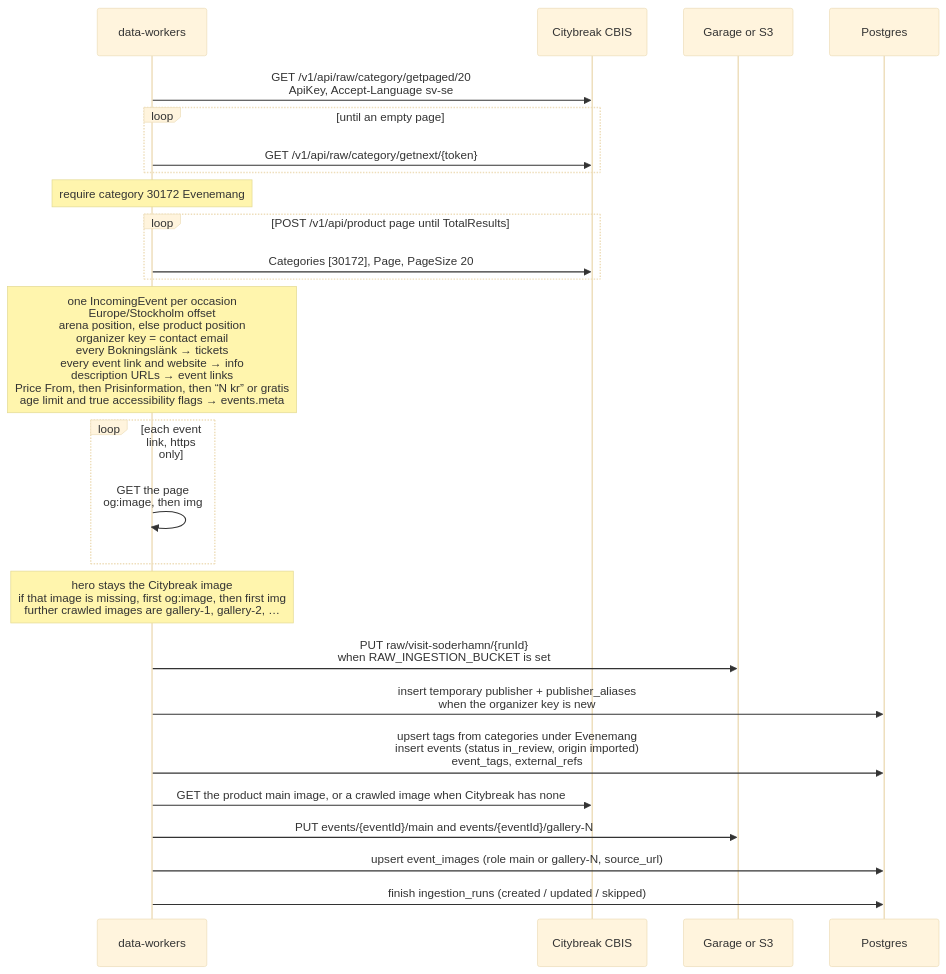
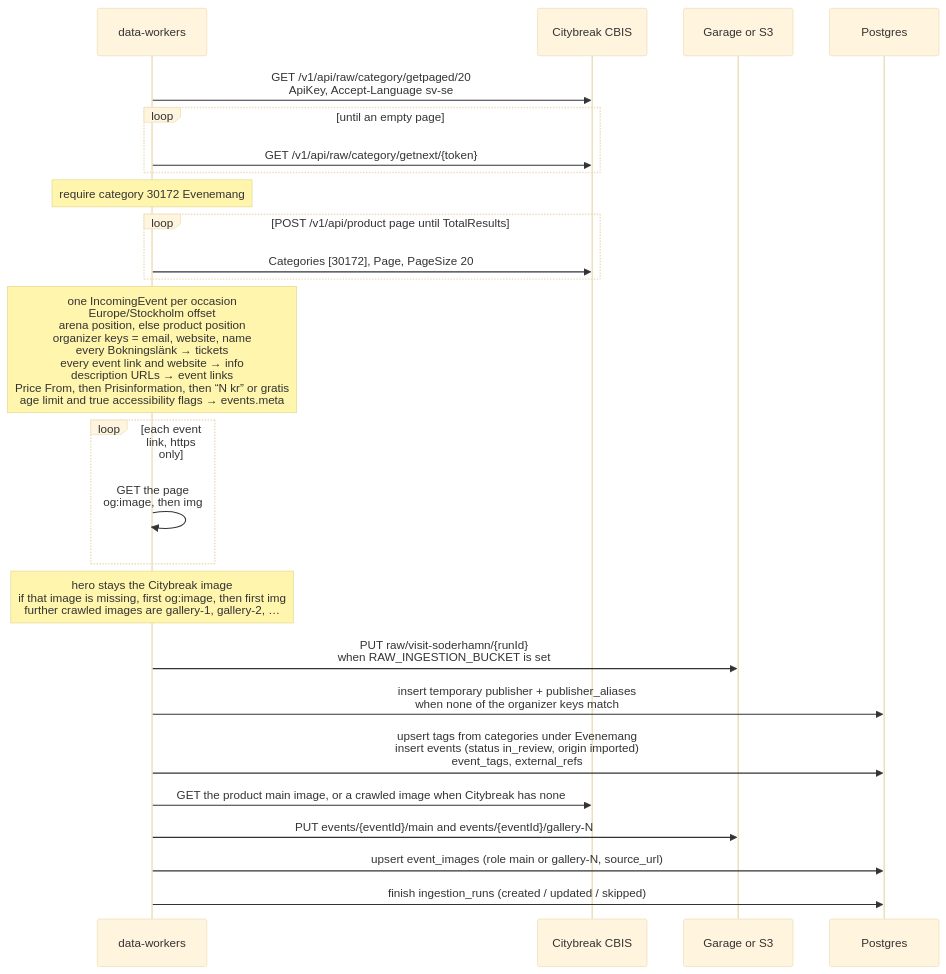
The diagram in docs/flows/visit-soderhamn.md (BradleySmallbottoms/evently), drawn with Mermaid (base theme) before and after one commit. The commit also changed 33 other files, not shown here.

First line of the commit message:
Update event duplicate handling and organizer key management across data sources.

````diff
--- a/docs/flows/visit-soderhamn.md
+++ b/docs/flows/visit-soderhamn.md
@@ -20,28 +20,28 @@
 ```mermaid
 sequenceDiagram
   participant Runner as data-workers
   participant CBIS as Citybreak CBIS
   participant Store as Garage or S3
   participant DB as Postgres
 
   Runner->>CBIS: GET /v1/api/raw/category/getpaged/20<br/>ApiKey, Accept-Language sv-se
   loop until an empty page
     Runner->>CBIS: GET /v1/api/raw/category/getnext/{token}
   end
   Note over Runner: require category 30172 Evenemang
   loop POST /v1/api/product page until TotalResults
     Runner->>CBIS: Categories [30172], Page, PageSize 20
   end
-  Note over Runner: one IncomingEvent per occasion<br/>Europe/Stockholm offset<br/>arena position, else product position<br/>organizer key = contact email<br/>every Bokningslänk → tickets<br/>every event link and website → info<br/>description URLs → event links<br/>Price From, then Prisinformation, then “N kr” or gratis<br/>age limit and true accessibility flags → events.meta
+  Note over Runner: one IncomingEvent per occasion<br/>Europe/Stockholm offset<br/>arena position, else product position<br/>organizer keys = email, website, name<br/>every Bokningslänk → tickets<br/>every event link and website → info<br/>description URLs → event links<br/>Price From, then Prisinformation, then “N kr” or gratis<br/>age limit and true accessibility flags → events.meta
   loop each event link, https only
     Runner->>Runner: GET the page<br/>og:image, then img
   end
   Note over Runner: hero stays the Citybreak image<br/>if that image is missing, first og:image, then first img<br/>further crawled images are gallery-1, gallery-2, …
   Runner->>Store: PUT raw/visit-soderhamn/{runId}<br/>when RAW_INGESTION_BUCKET is set
-  Runner->>DB: insert temporary publisher + publisher_aliases<br/>when the organizer key is new
+  Runner->>DB: insert temporary publisher + publisher_aliases<br/>when none of the organizer keys match
   Runner->>DB: upsert tags from categories under Evenemang<br/>insert events (status in_review, origin imported)<br/>event_tags, external_refs
   Runner->>CBIS: GET the product main image, or a crawled image when Citybreak has none
   Runner->>Store: PUT events/{eventId}/main and events/{eventId}/gallery-N
   Runner->>DB: upsert event_images (role main or gallery-N, source_url)
   Runner->>DB: finish ingestion_runs (created / updated / skipped)
 ```
````
